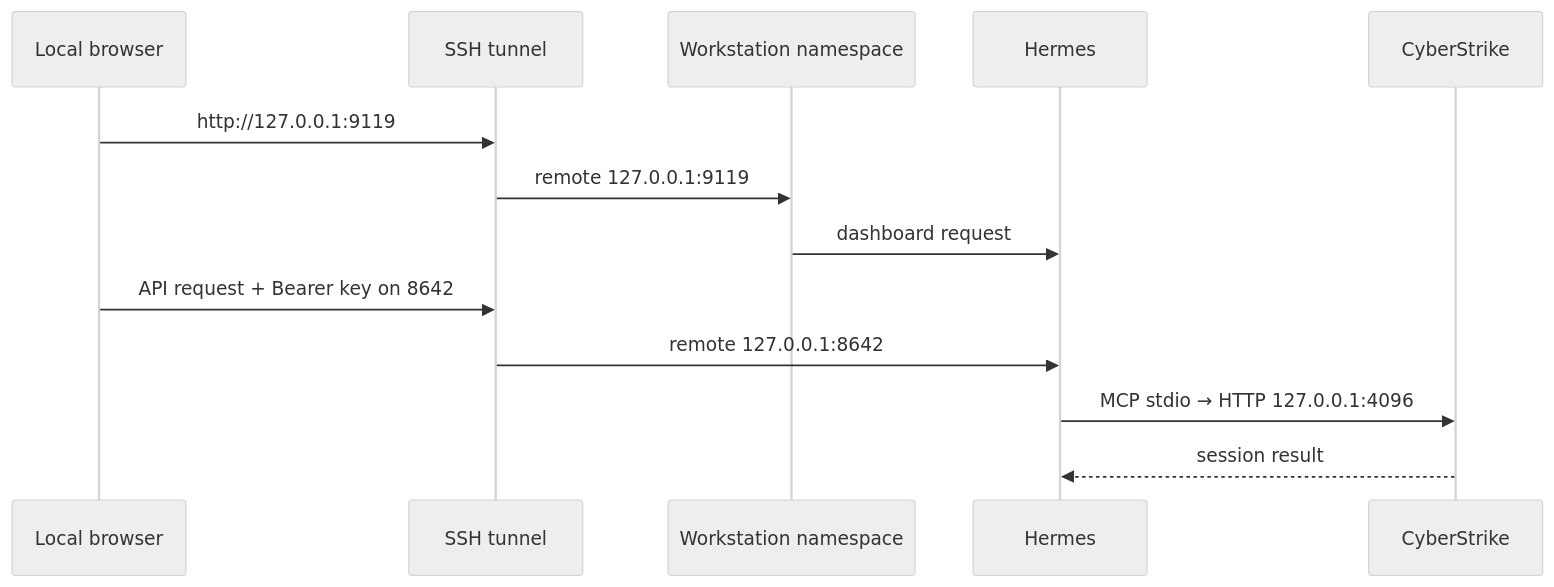
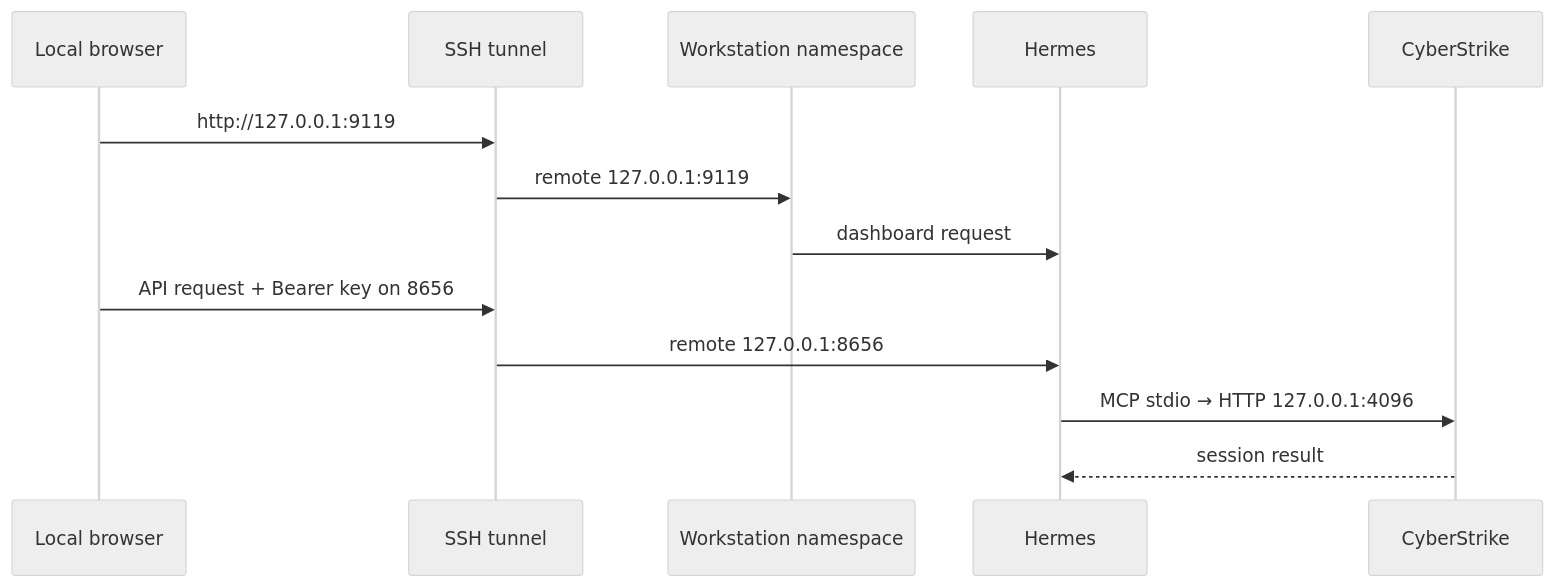
The first of 2 diagrams in docs/ARCHITECTURE.md (mahfuz33R/ai-offensive-workstation), drawn with Mermaid (neutral theme) before and after one commit. The commit also changed other lines of this file and 17 other files, not shown here.

````diff
--- a/docs/ARCHITECTURE.md
+++ b/docs/ARCHITECTURE.md
@@ -82,16 +82,16 @@
 ```mermaid
 sequenceDiagram
     participant B as Local browser
     participant S as SSH tunnel
     participant W as Workstation namespace
     participant H as Hermes
     participant C as CyberStrike
 
     B->>S: http://127.0.0.1:9119
     S->>W: remote 127.0.0.1:9119
     W->>H: dashboard request
-    B->>S: API request + Bearer key on 8642
-    S->>H: remote 127.0.0.1:8642
+    B->>S: API request + Bearer key on 8656
+    S->>H: remote 127.0.0.1:8656
     H->>C: MCP stdio → HTTP 127.0.0.1:4096
     C-->>H: session result
 ```
````
